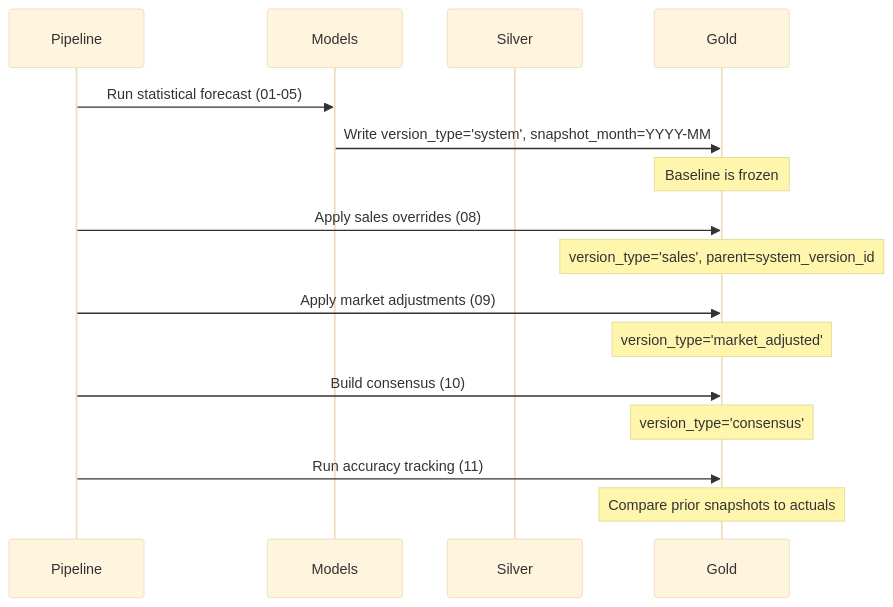
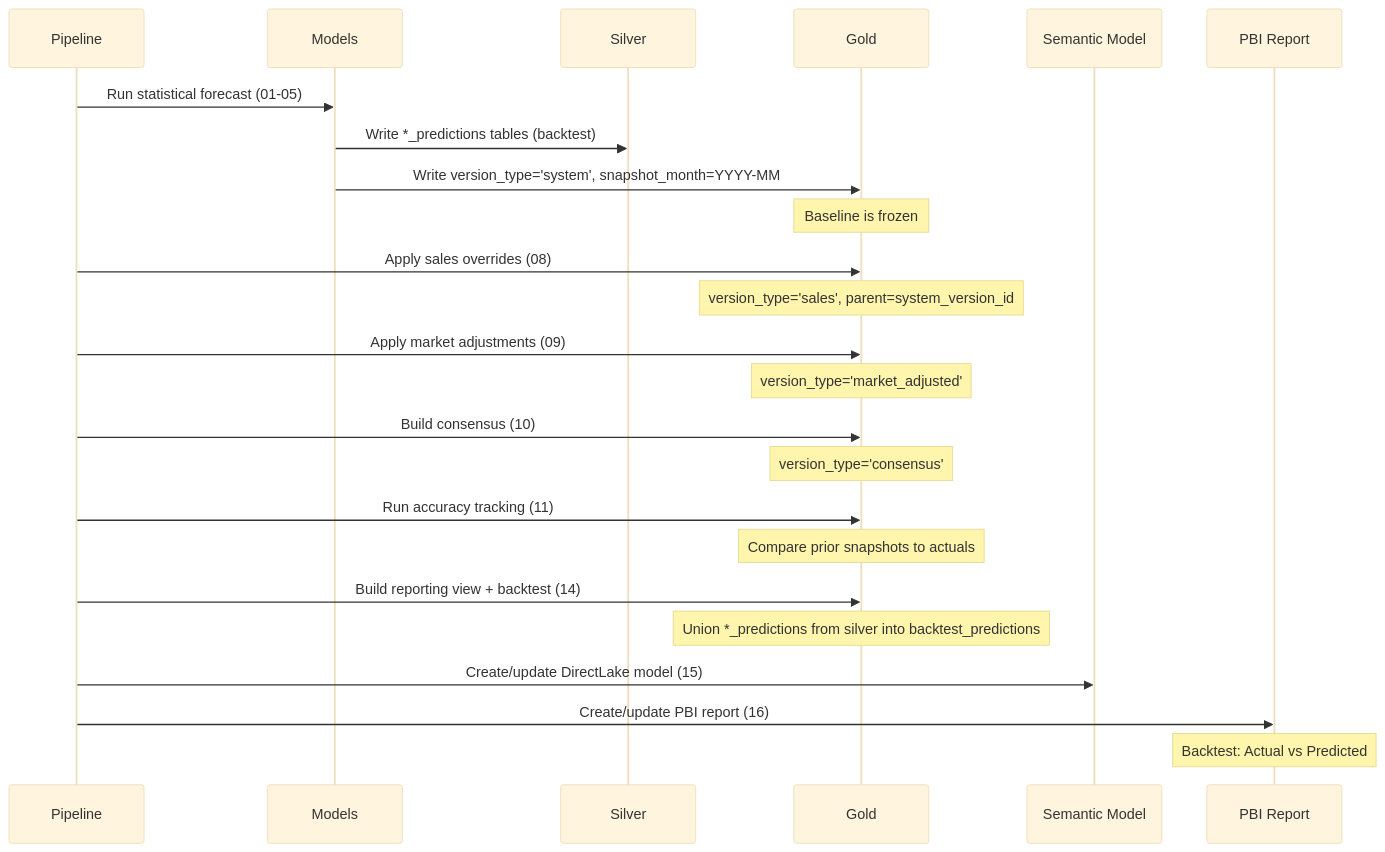
One commit to Scientialibera/IBP-FORECAST-AGENT changed the second of 2 diagrams in docs/architecture/forecast-versioning.md. Above: the diagram before and after it, drawn with Mermaid (base theme). The commit also changed 7 other files, not shown here.

````diff
--- a/docs/architecture/forecast-versioning.md
+++ b/docs/architecture/forecast-versioning.md
@@ -36,23 +36,33 @@
 ```mermaid
 sequenceDiagram
     participant Pipeline
     participant Models
     participant Silver
     participant Gold
+    participant Semantic as Semantic Model
+    participant Report as PBI Report
 
     Pipeline->>Models: Run statistical forecast (01-05)
+    Models->>Silver: Write *_predictions tables (backtest)
     Models->>Gold: Write version_type='system', snapshot_month=YYYY-MM
     Note over Gold: Baseline is frozen
 
     Pipeline->>Gold: Apply sales overrides (08)
     Note over Gold: version_type='sales', parent=system_version_id
 
     Pipeline->>Gold: Apply market adjustments (09)
     Note over Gold: version_type='market_adjusted'
 
     Pipeline->>Gold: Build consensus (10)
     Note over Gold: version_type='consensus'
 
     Pipeline->>Gold: Run accuracy tracking (11)
     Note over Gold: Compare prior snapshots to actuals
+
+    Pipeline->>Gold: Build reporting view + backtest (14)
+    Note over Gold: Union *_predictions from silver into backtest_predictions
+
+    Pipeline->>Semantic: Create/update DirectLake model (15)
+    Pipeline->>Report: Create/update PBI report (16)
+    Note over Report: Backtest: Actual vs Predicted
 ```
````
